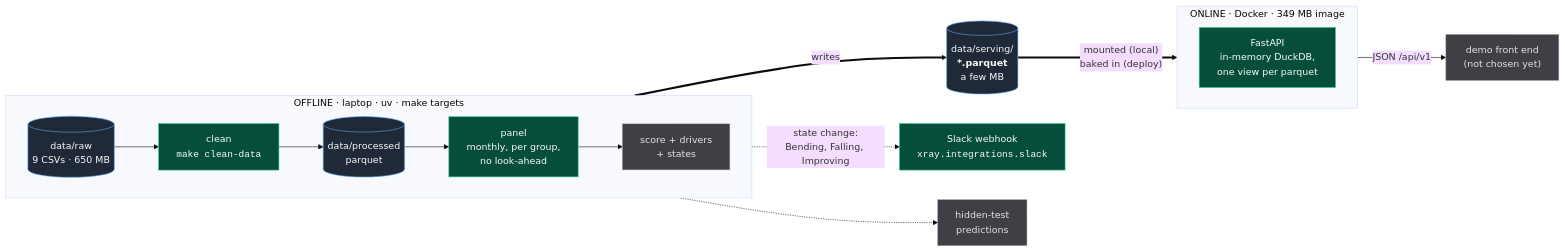
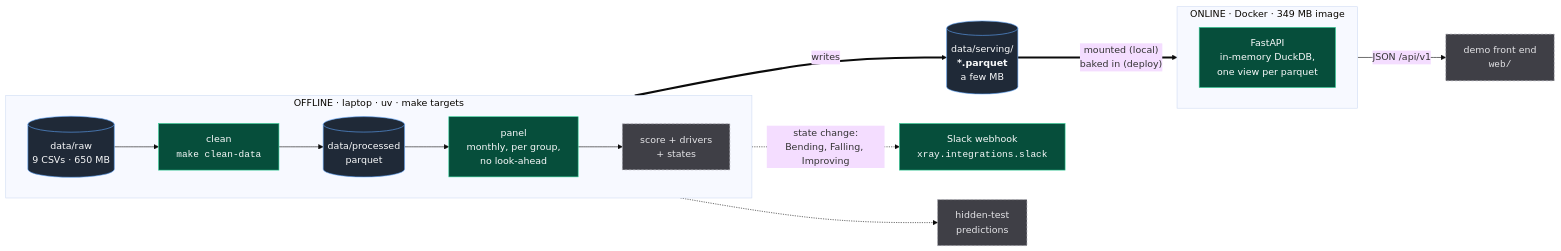
The first of 3 diagrams in docs/infra.md (felipemagr/hackspain), drawn with Mermaid (base theme) before and after one commit. The commit also changed 37 other files, not shown here.

First line of the commit message:
feat(web): add light, minimal demo front end

````diff
--- a/docs/infra.md
+++ b/docs/infra.md
@@ -9,32 +9,32 @@
 ```mermaid
 flowchart LR
     subgraph OFF["OFFLINE · laptop · uv · make targets"]
         direction LR
         RAW[("data/raw<br/>9 CSVs · 650 MB")]
         CLEAN["clean<br/><code>make clean-data</code>"]
         PROC[("data/processed<br/>parquet")]
         FEAT["panel<br/>monthly, per group,<br/>no look-ahead"]
         SCORE["score + drivers<br/>+ states"]
         RAW --> CLEAN --> PROC --> FEAT --> SCORE
     end
 
     SERV[("data/serving/<br/><b>*.parquet</b><br/>a few MB")]
     SCORE ==>|writes| SERV
 
     subgraph ON["ONLINE · Docker · 349 MB image"]
         direction LR
         API["FastAPI<br/>in-memory DuckDB,<br/>one view per parquet"]
     end
 
     SERV ==>|"mounted (local)<br/>baked in (deploy)"| API
-    API -->|JSON /api/v1| FRONT["demo front end<br/>(not chosen yet)"]
+    API -->|JSON /api/v1| FRONT["demo front end<br/><code>web/</code>"]
     SCORE -.->|"state change:<br/>Bending, Falling, Improving"| SLACK["Slack webhook<br/><code>xray.integrations.slack</code>"]
     SCORE -.-> SUB["hidden-test<br/>predictions"]
 
     classDef store fill:#1f2937,stroke:#60a5fa,color:#f9fafb
     classDef built fill:#064e3b,stroke:#34d399,color:#f9fafb
     classDef todo fill:#3f3f46,stroke:#a1a1aa,color:#e4e4e7,stroke-dasharray:4 3
     class RAW,PROC,SERV store
     class CLEAN,FEAT,API,SLACK built
     class SCORE,FRONT,SUB todo
 ```
````
